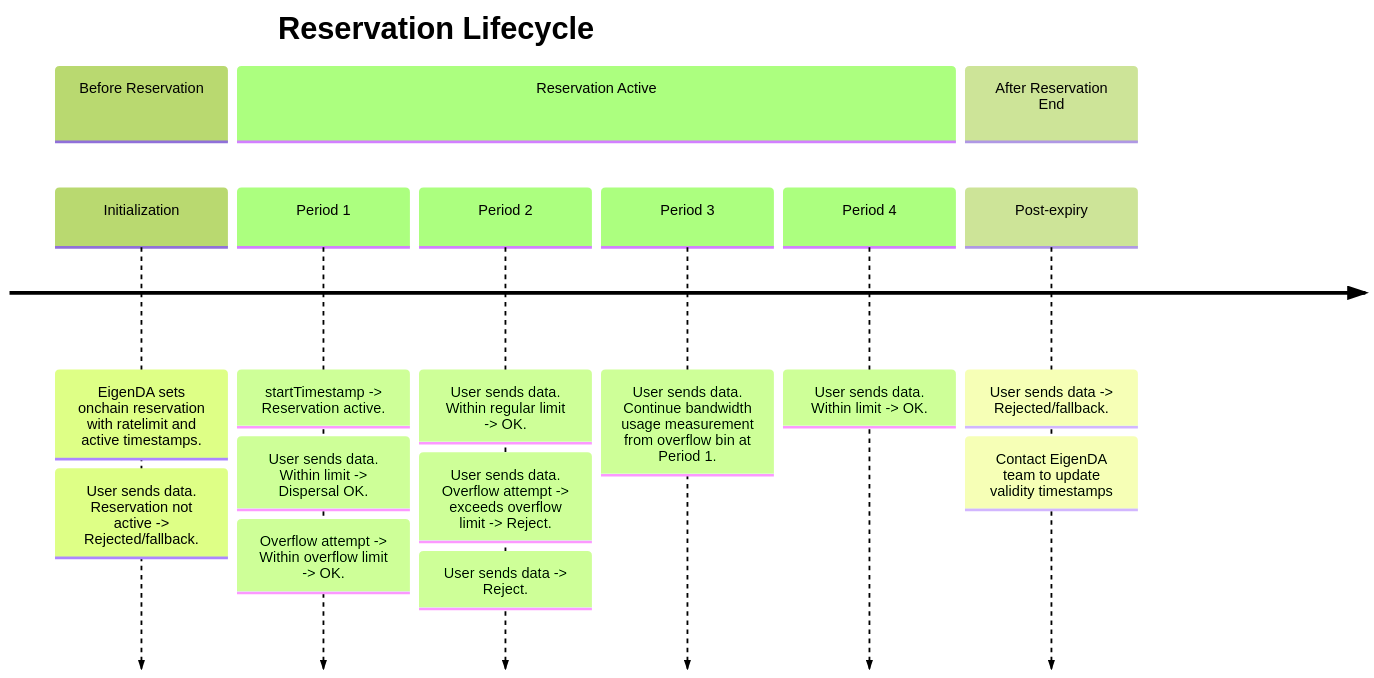
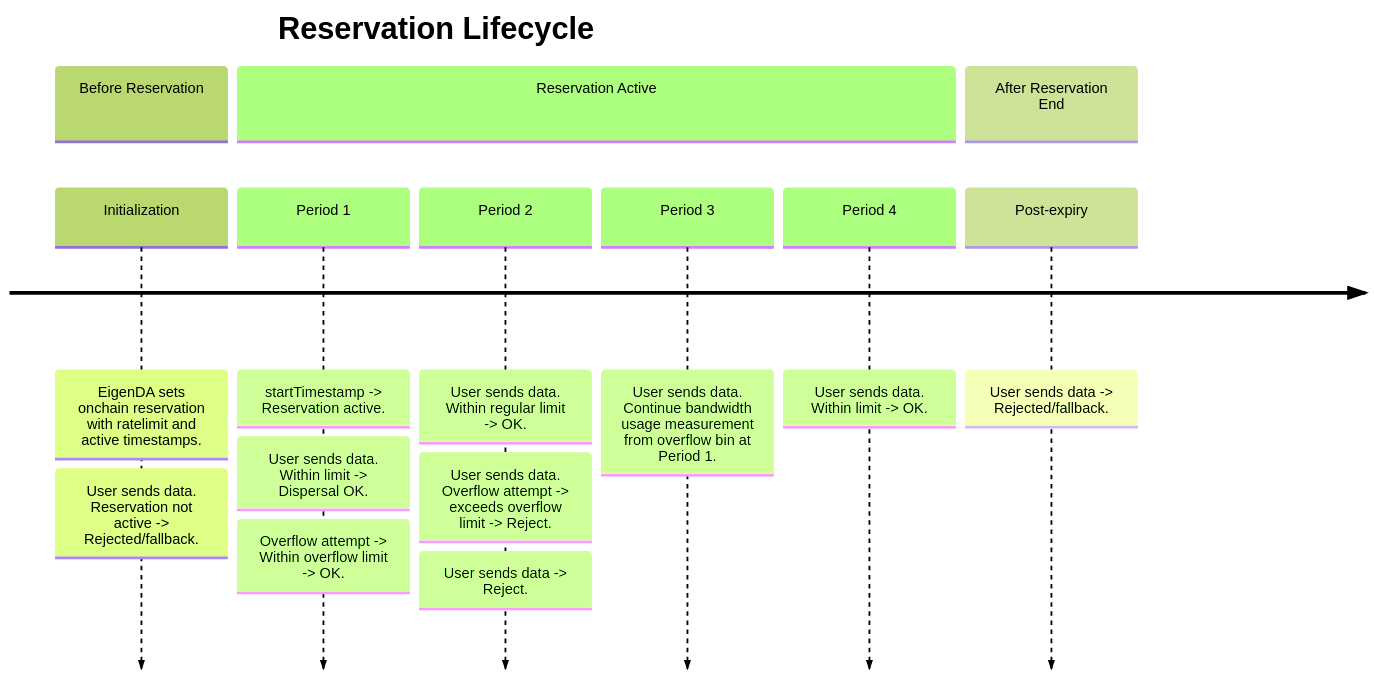
The first of 2 diagrams in docs/releases/payments.md (Layr-Labs/eigenda-docs), drawn with Mermaid (forest theme) before and after one commit. The commit also changed other lines of this file, not shown here.

````diff
--- a/docs/releases/payments.md
+++ b/docs/releases/payments.md
@@ -164,20 +164,19 @@
 ```mermaid
 timeline
 title Reservation Lifecycle
 section Before Reservation
 Initialization: EigenDA sets onchain reservation with ratelimit and active timestamps.
 : User sends data. Reservation not active -> Rejected/fallback.
 section Reservation Active
 Period 1    : startTimestamp -> Reservation active.
                         : User sends data. Within limit -> Dispersal OK.
                         : Overflow attempt -> Within overflow limit -> OK.
 Period 2    : User sends data. Within regular limit -> OK.
             : User sends data. Overflow attempt -> exceeds overflow limit -> Reject.
             : User sends data -> Reject.
 Period 3    : User sends data. Continue bandwidth usage measurement from overflow bin at Period 1.
 Period 4    : User sends data. Within limit -> OK.
 section After Reservation End
  Post-expiry
  : User sends data -> Rejected/fallback.
- : Contact EigenDA team to update validity timestamps
 ```
````
